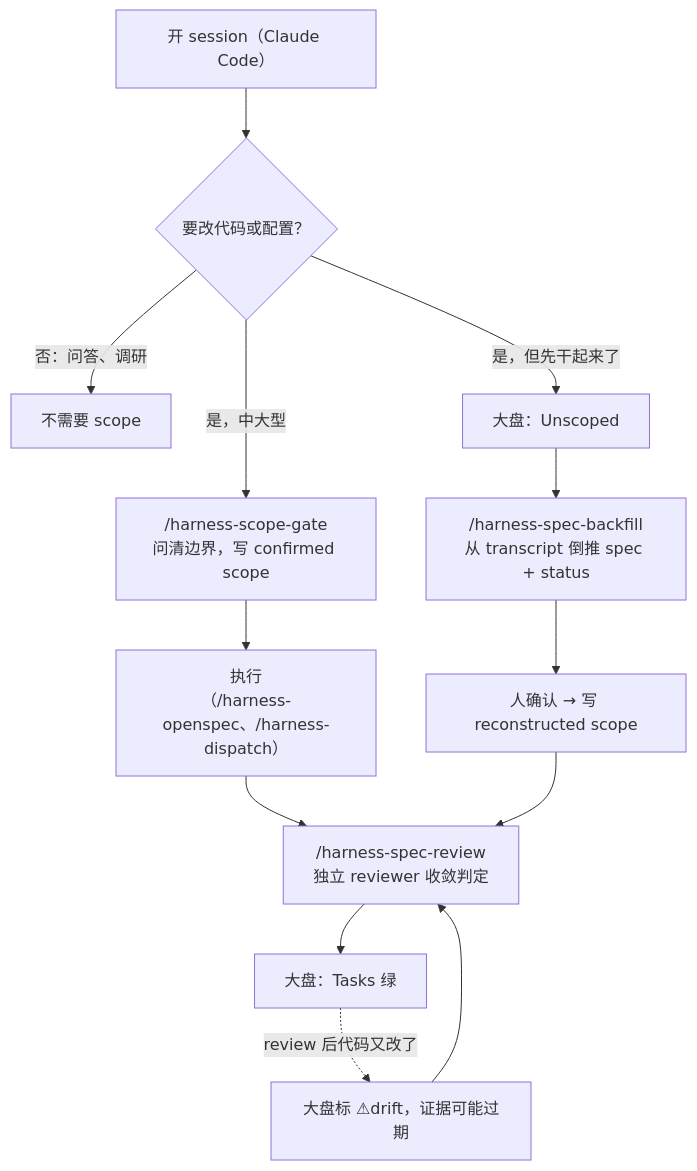
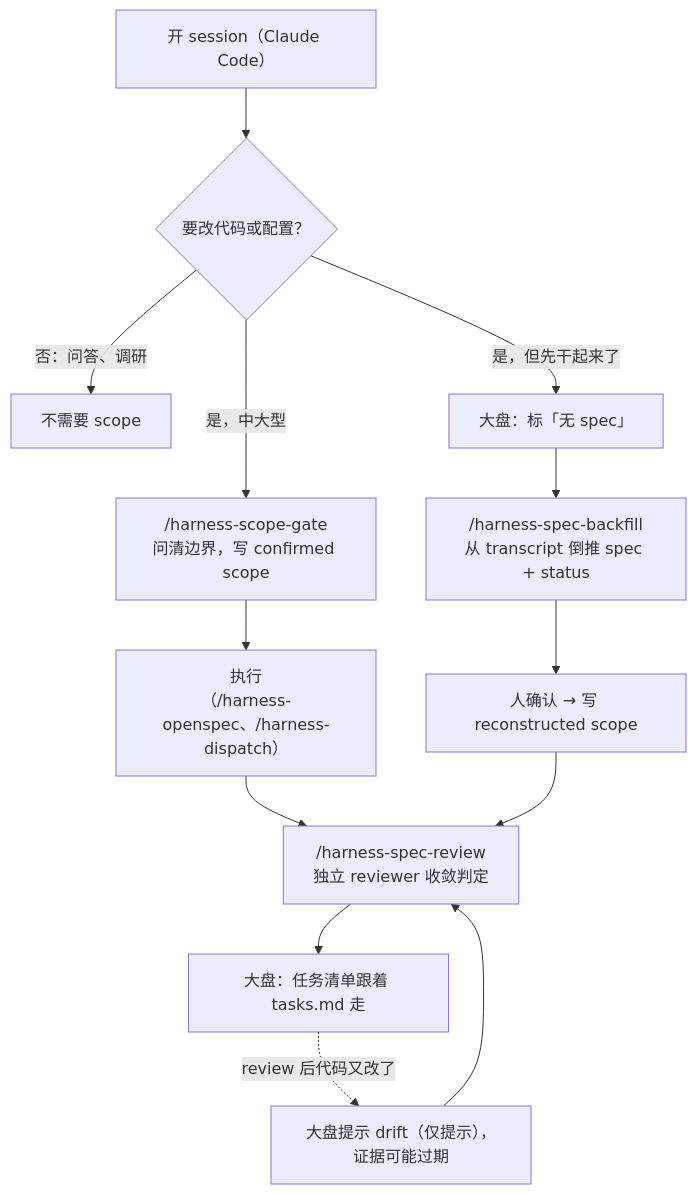
Before and after one commit to shaorui0/agent-harness: the second of 2 diagrams in tracker/README.md, drawn with Mermaid. The commit also changed other lines of this file and 20 other files, not shown here.

````diff
--- a/tracker/README.md
+++ b/tracker/README.md
@@ -161,15 +189,15 @@
 ```mermaid
 flowchart TD
   A["开 session（Claude Code）"] --> B{"要改代码或配置？"}
   B -- 否：问答、调研 --> Z["不需要 scope"]
   B -- 是，中大型 --> C["/harness-scope-gate<br/>问清边界，写 confirmed scope"]
-  B -- 是，但先干起来了 --> U["大盘：Unscoped"]
+  B -- 是，但先干起来了 --> U["大盘：标「无 spec」"]
   C --> D["执行<br/>（/harness-openspec、/harness-dispatch）"]
   D --> E["/harness-spec-review<br/>独立 reviewer 收敛判定"]
-  E --> F["大盘：Tasks 绿"]
+  E --> F["大盘：任务清单跟着 tasks.md 走"]
   U --> G["/harness-spec-backfill<br/>从 transcript 倒推 spec + status"]
   G --> H["人确认 → 写 reconstructed scope"]
   H --> E
-  F -. "review 后代码又改了" .-> X["大盘标 ⚠drift，证据可能过期"]
+  F -. "review 后代码又改了" .-> X["大盘提示 drift（仅提示），证据可能过期"]
   X --> E
 ```
````
